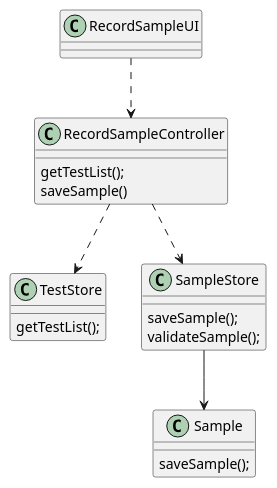
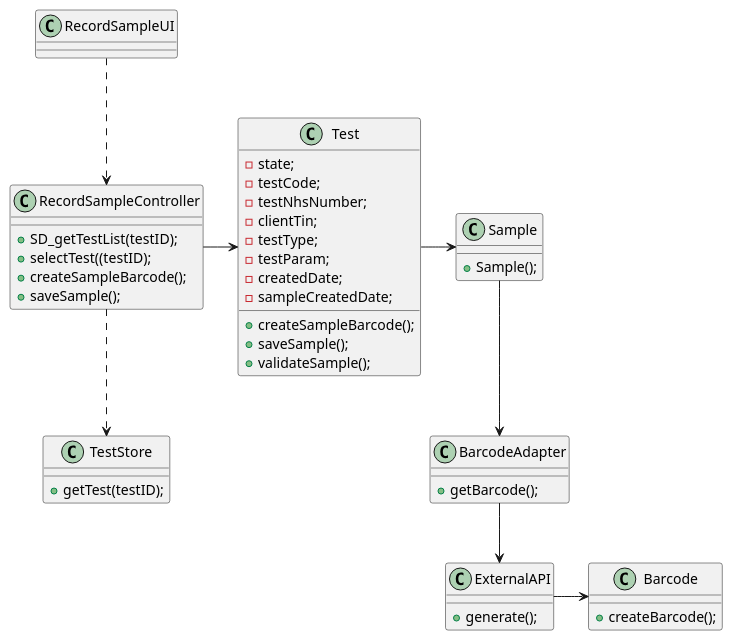
One commit to MarianaCLages/LAPR2 changed the diagram in docs/SprintC/US05/US5_CD.puml. Above: the diagram before and after it, drawn with PlantUML. The commit also changed 2 other files, not shown here.

```diff
--- a/docs/SprintC/US05/US5_CD.puml
+++ b/docs/SprintC/US05/US5_CD.puml
@@ -1,29 +1,55 @@
 @startuml
 
 class RecordSampleUI{
 }
 
 class RecordSampleController{
-getTestList();
-saveSample()
++ SD_getTestList(testID);
++ selectTest((testID);
++ createSampleBarcode();
++ saveSample();
 }
 
 class TestStore{
-getTestList();
++ getTest(testID);
 }
 
-class SampleStore{
-saveSample();
-validateSample();
+class Test{
+-state;
+-testCode;
+-testNhsNumber;
+-clientTin;
+-testType;
+-testParam;
+-createdDate;
+-sampleCreatedDate;
++ createSampleBarcode();
++ saveSample();
++ validateSample();
 }
 
 class Sample{
-saveSample();
++ Sample();
+}
+
+class BarcodeAdapter{
++ getBarcode();
+}
+
+class ExternalAPI{
++ generate();
+}
+
+class Barcode{
++ createBarcode();
 }
 
 RecordSampleUI ..> RecordSampleController
 RecordSampleController ..> TestStore
-RecordSampleController ..> SampleStore
-SampleStore --> Sample
+RecordSampleController -> Test
+Test -> Sample
+Sample --> BarcodeAdapter
+BarcodeAdapter --> ExternalAPI
+ExternalAPI -> Barcode
 
 @enduml
```
